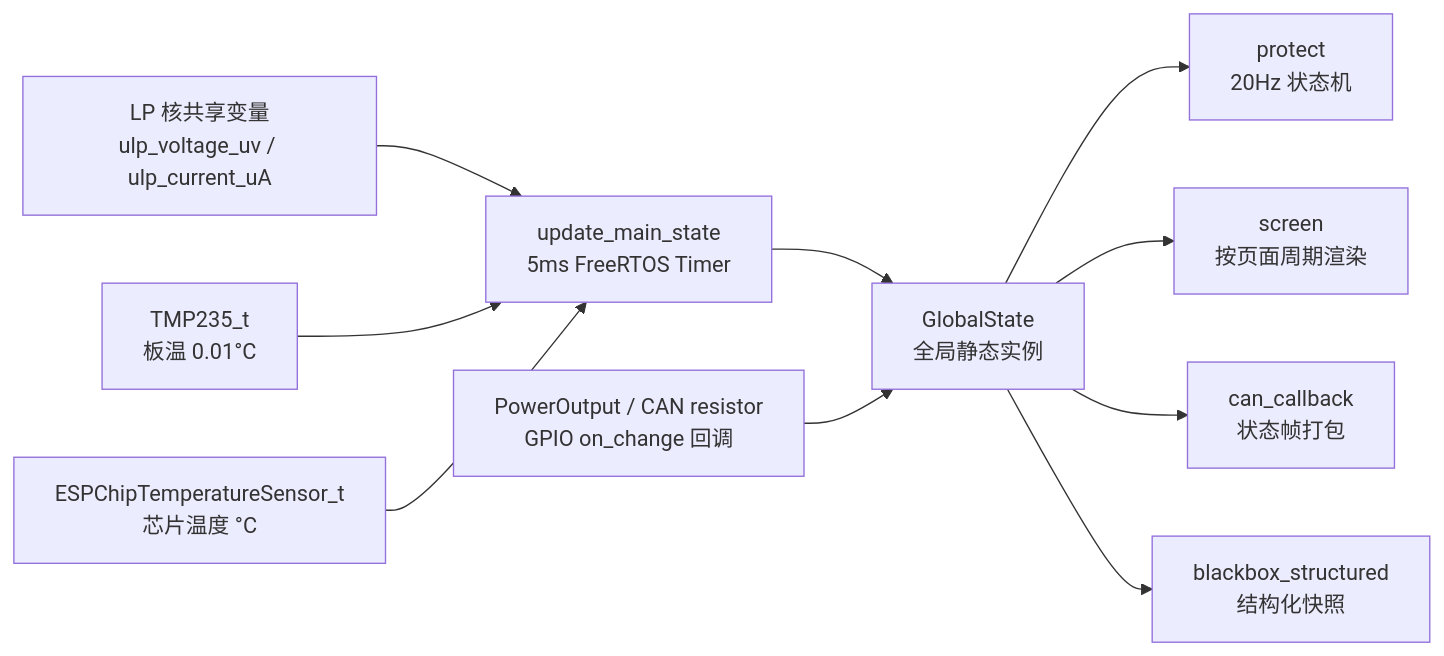
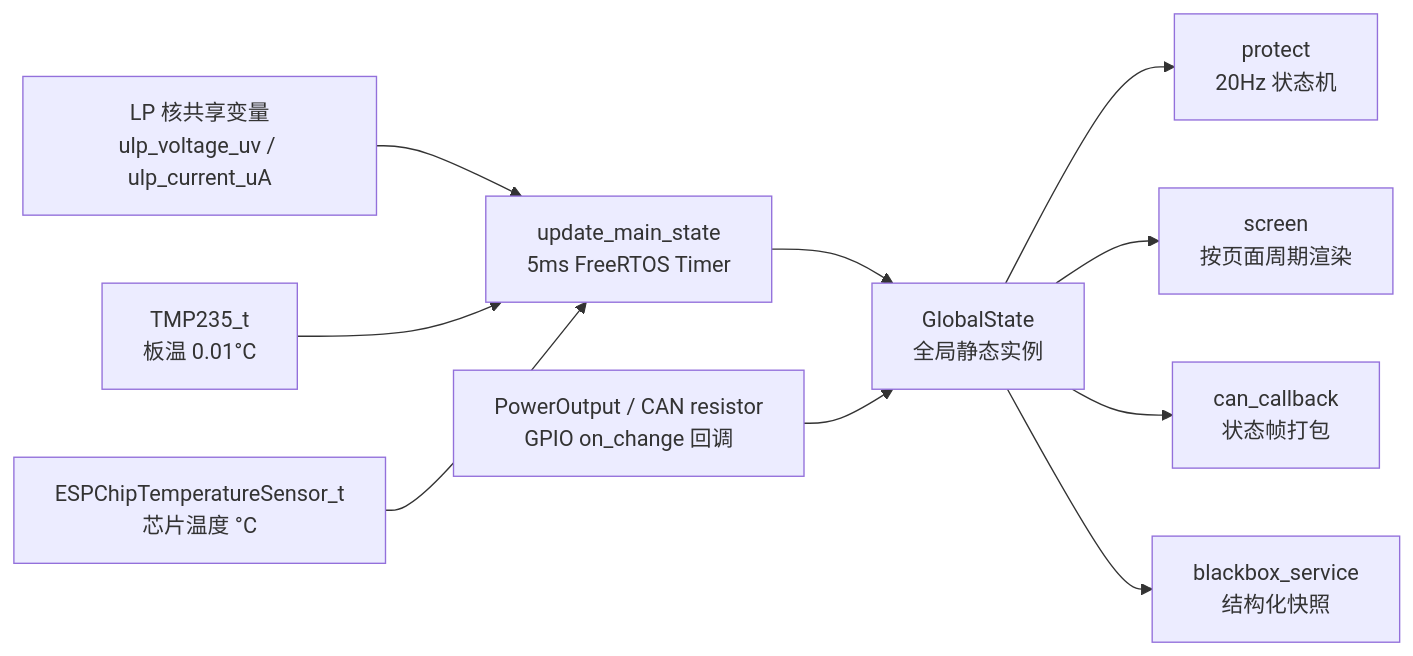
One commit to qingmeijiupiao/Wireless_power_meter_lite changed the first of 2 diagrams in components/app/global_state/README.md. Above: the diagram before and after it, drawn with Mermaid. The commit also changed 35 other files, not shown here.

````diff
--- a/components/app/global_state/README.md
+++ b/components/app/global_state/README.md
@@ -14,13 +14,13 @@
 ```mermaid
 flowchart LR
     ULP["LP 核共享变量<br/>ulp_voltage_uv / ulp_current_uA"] --> Timer["update_main_state<br/>5ms FreeRTOS Timer"]
     TMP["TMP235_t<br/>板温 0.01°C"] --> Timer
     CHIP["ESPChipTemperatureSensor_t<br/>芯片温度 °C"] --> Timer
     Timer --> GS["GlobalState<br/>全局静态实例"]
 
     GS --> Protect["protect<br/>20Hz 状态机"]
     GS --> Screen["screen<br/>按页面周期渲染"]
     GS --> CAN["can_callback<br/>状态帧打包"]
-    GS --> BlackBox["blackbox_structured<br/>结构化快照"]
+    GS --> BlackBox["blackbox_service<br/>结构化快照"]
     Power["PowerOutput / CAN resistor<br/>GPIO on_change 回调"] --> GS
 ```
````
